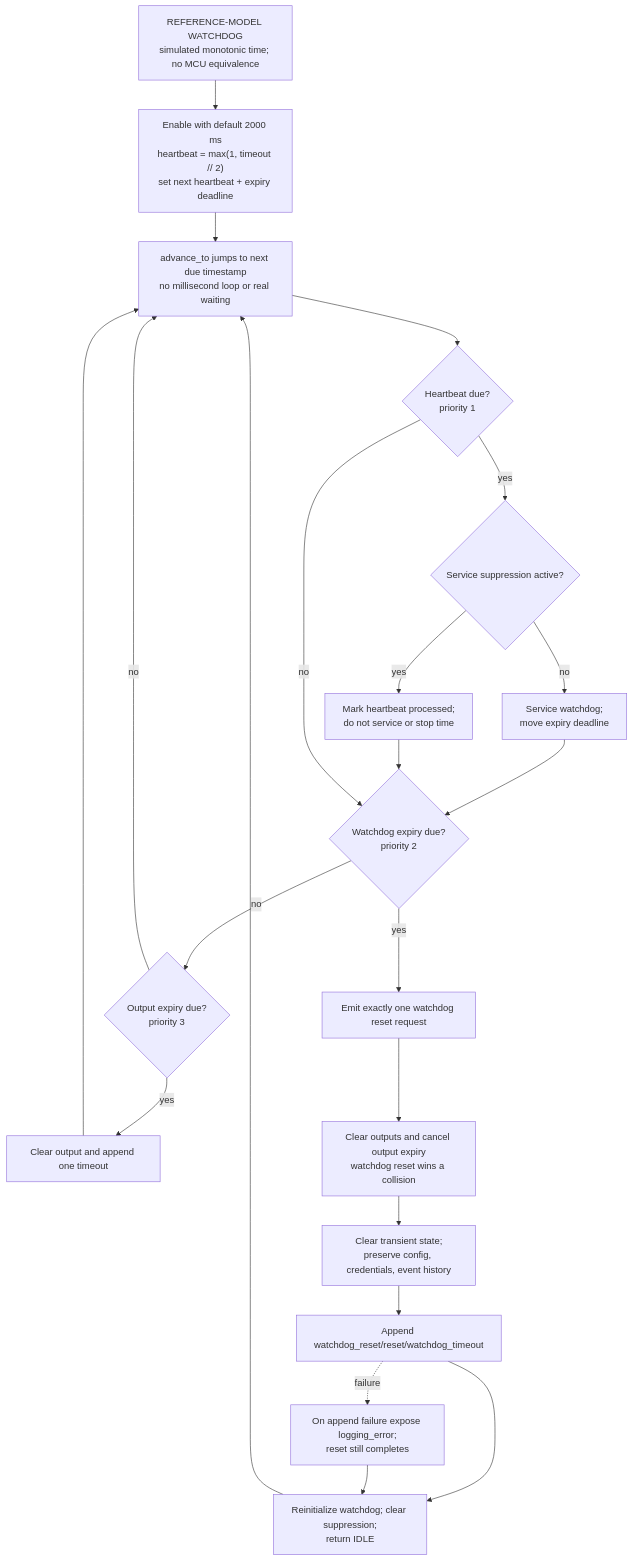
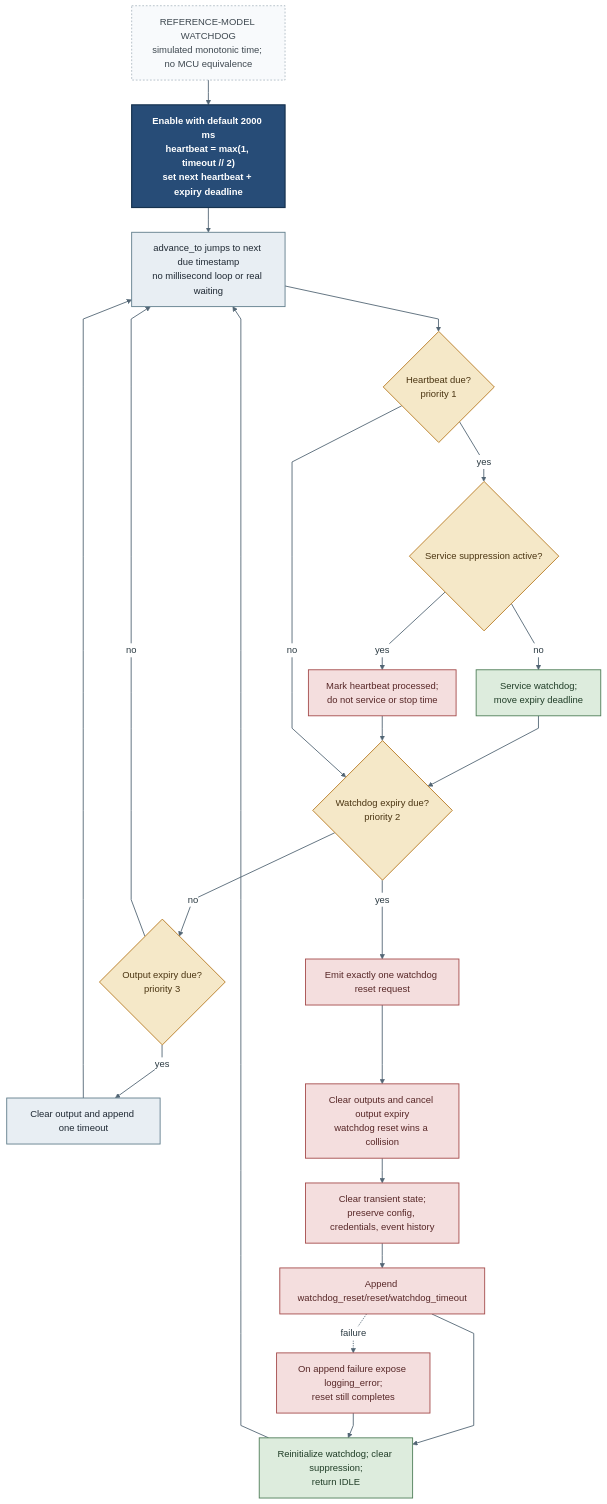
One commit to BarShtainv/EEEProjectElevator changed the diagram in docs/figures/watchdog_sequence.mmd. Above: the diagram before and after it, drawn with Mermaid. The commit also changed 22 other files, not shown here.

```diff
--- a/docs/figures/watchdog_sequence.mmd
+++ b/docs/figures/watchdog_sequence.mmd
@@ -1,29 +1,47 @@
+%%{init: {"theme":"base","themeVariables":{"fontFamily":"Arial, sans-serif","fontSize":"16px","primaryTextColor":"#1F2933","lineColor":"#526574","edgeLabelBackground":"#FFFFFF","clusterBkg":"#F8FAFC","clusterBorder":"#8A9BA8"},"flowchart":{"curve":"linear","nodeSpacing":34,"rankSpacing":42,"htmlLabels":true}}}%%
 flowchart TD
     NOTE["REFERENCE-MODEL WATCHDOG<br/>simulated monotonic time; no MCU equivalence"]
     INIT["Enable with default 2000 ms<br/>heartbeat = max(1, timeout // 2)<br/>set next heartbeat + expiry deadline"]
     ADV["advance_to jumps to next due timestamp<br/>no millisecond loop or real waiting"]
     HB{"Heartbeat due?<br/>priority 1"}
     SUP{"Service suppression active?"}
     SERVICE["Service watchdog;<br/>move expiry deadline"]
     SKIP["Mark heartbeat processed;<br/>do not service or stop time"]
     EXP{"Watchdog expiry due?<br/>priority 2"}
     REQ["Emit exactly one watchdog reset request"]
     OUT{"Output expiry due?<br/>priority 3"}
     TIMEOUT["Clear output and append one timeout"]
     OFF["Clear outputs and cancel output expiry<br/>watchdog reset wins a collision"]
     CLEAR["Clear transient state;<br/>preserve config, credentials, event history"]
     LOG["Append watchdog_reset/reset/watchdog_timeout"]
     REINIT["Reinitialize watchdog; clear suppression;<br/>return IDLE"]
     LOGFAIL["On append failure expose logging_error;<br/>reset still completes"]
 
     NOTE --> INIT --> ADV --> HB
     HB -- yes --> SUP
     SUP -- no --> SERVICE --> EXP
     SUP -- yes --> SKIP --> EXP
     HB -- no --> EXP
     EXP -- yes --> REQ --> OFF --> CLEAR --> LOG --> REINIT
     EXP -- no --> OUT
     OUT -- yes --> TIMEOUT --> ADV
     OUT -- no --> ADV
     LOG -. failure .-> LOGFAIL --> REINIT
     REINIT --> ADV
+
+    classDef external fill:#E8EEF3,stroke:#607D8B,color:#1F2933,stroke-width:1.5px;
+    classDef controller fill:#274C77,stroke:#16324F,color:#FFFFFF,stroke-width:2px,font-weight:600;
+    classDef success fill:#DDECDD,stroke:#4E7D57,color:#203D27,stroke-width:1.5px;
+    classDef decision fill:#F5E8C8,stroke:#B7791F,color:#4B3512,stroke-width:1.5px;
+    classDef fault fill:#F4DEDE,stroke:#A44A4A,color:#572727,stroke-width:1.5px;
+    classDef note fill:#F8FAFC,stroke:#8A9BA8,color:#3E4850,stroke-width:1px,stroke-dasharray:3 3;
+
+    class ADV external;
+    class INIT controller;
+    class HB,SUP,EXP,OUT decision;
+    class SERVICE,REINIT success;
+    class SKIP,REQ,OFF,CLEAR,LOG,LOGFAIL fault;
+    class TIMEOUT external;
+    class NOTE note;
+
+    linkStyle default stroke:#526574,stroke-width:1.5px,color:#2B3A42
```
